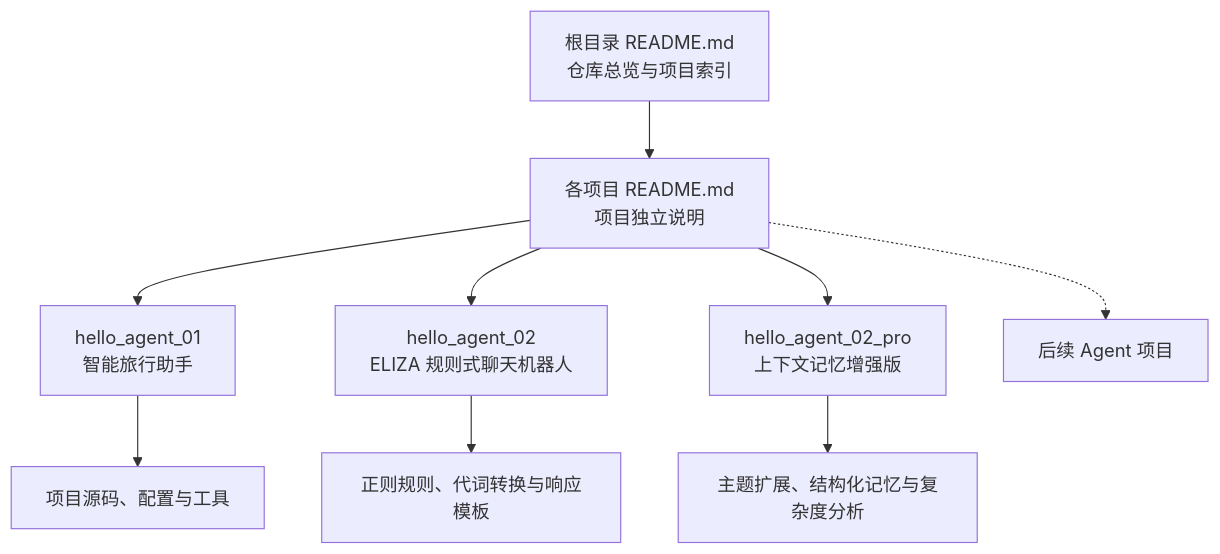
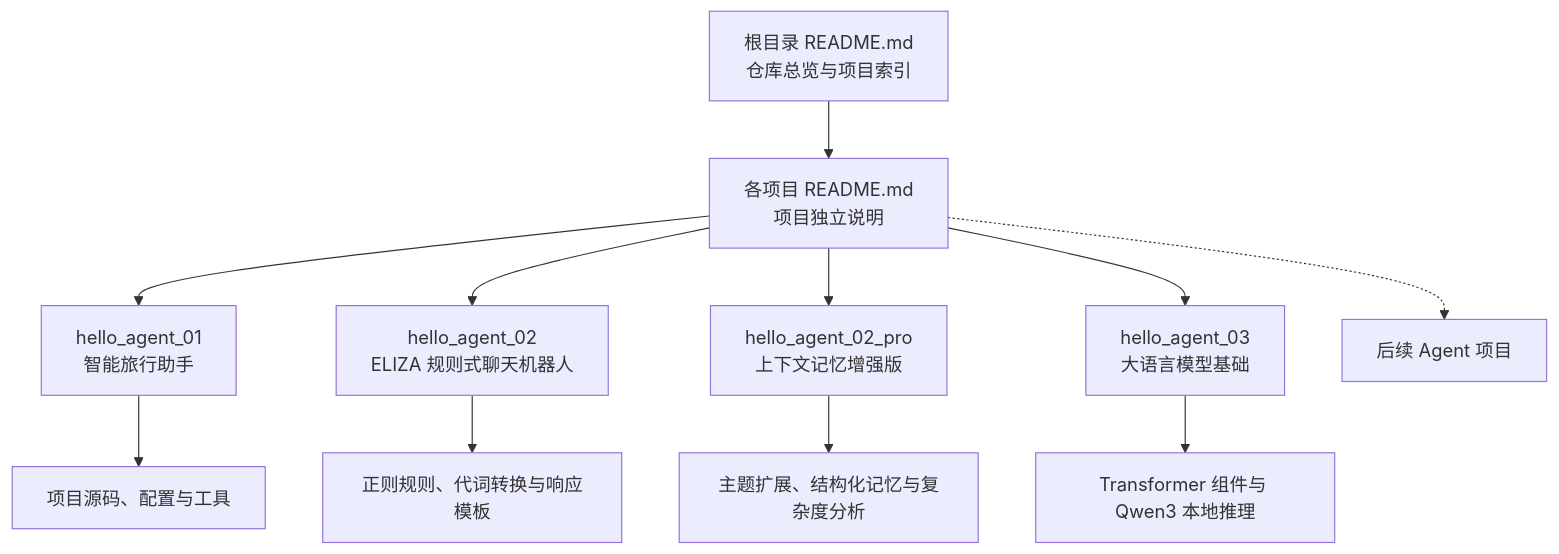
The diagram in README.md (structkk/agent_code), drawn with Mermaid before and after one commit. The commit also changed other lines of this file and 3 other files, not shown here.

````diff
--- a/README.md
+++ b/README.md
@@ -41,11 +42,13 @@
 ```mermaid
 flowchart TD
     R["根目录 README.md<br/>仓库总览与项目索引"] --> D["各项目 README.md<br/>项目独立说明"]
     D --> P1["hello_agent_01<br/>智能旅行助手"]
     P1 --> C["项目源码、配置与工具"]
     D --> P2["hello_agent_02<br/>ELIZA 规则式聊天机器人"]
     P2 --> R2["正则规则、代词转换与响应模板"]
     D --> P2P["hello_agent_02_pro<br/>上下文记忆增强版"]
     P2P --> R2P["主题扩展、结构化记忆与复杂度分析"]
+    D --> P3["hello_agent_03<br/>大语言模型基础"]
+    P3 --> R3["Transformer 组件与 Qwen3 本地推理"]
     D -.-> PN["后续 Agent 项目"]
 ```
````
